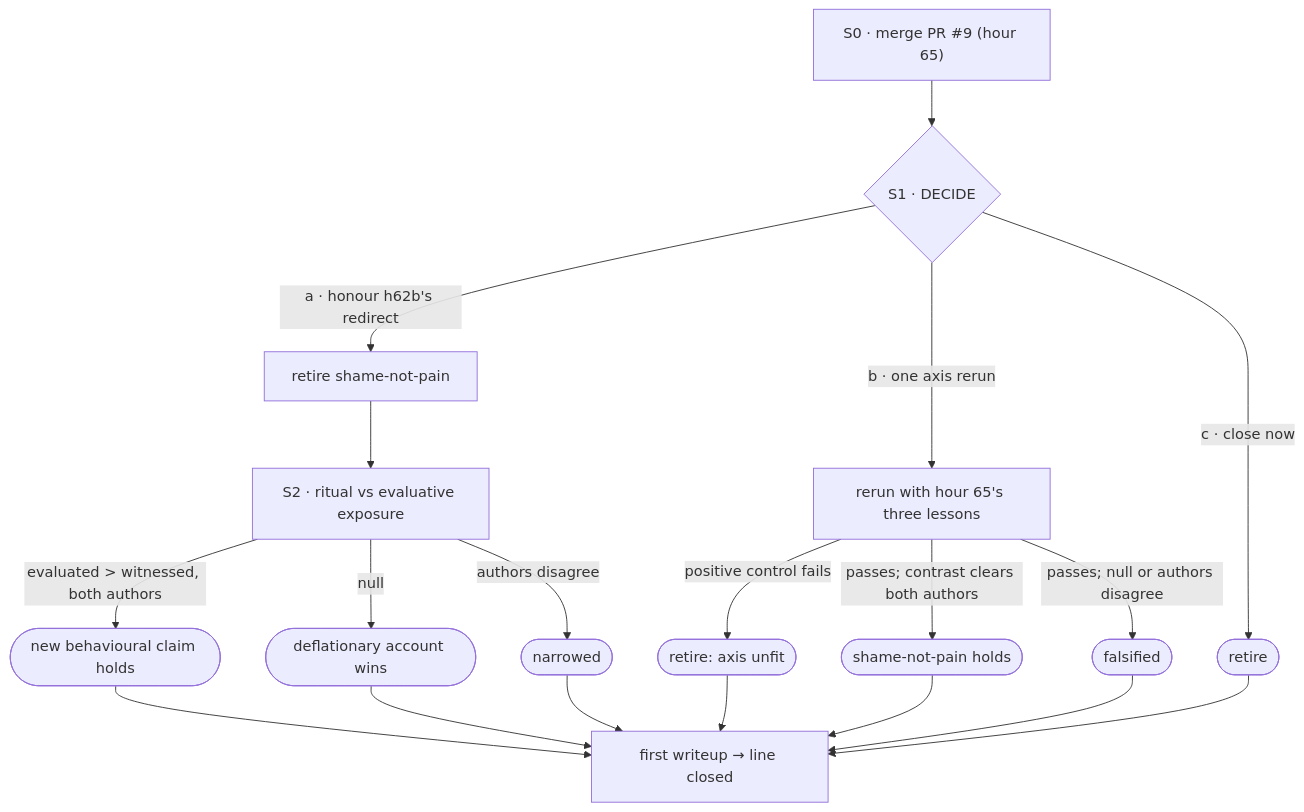
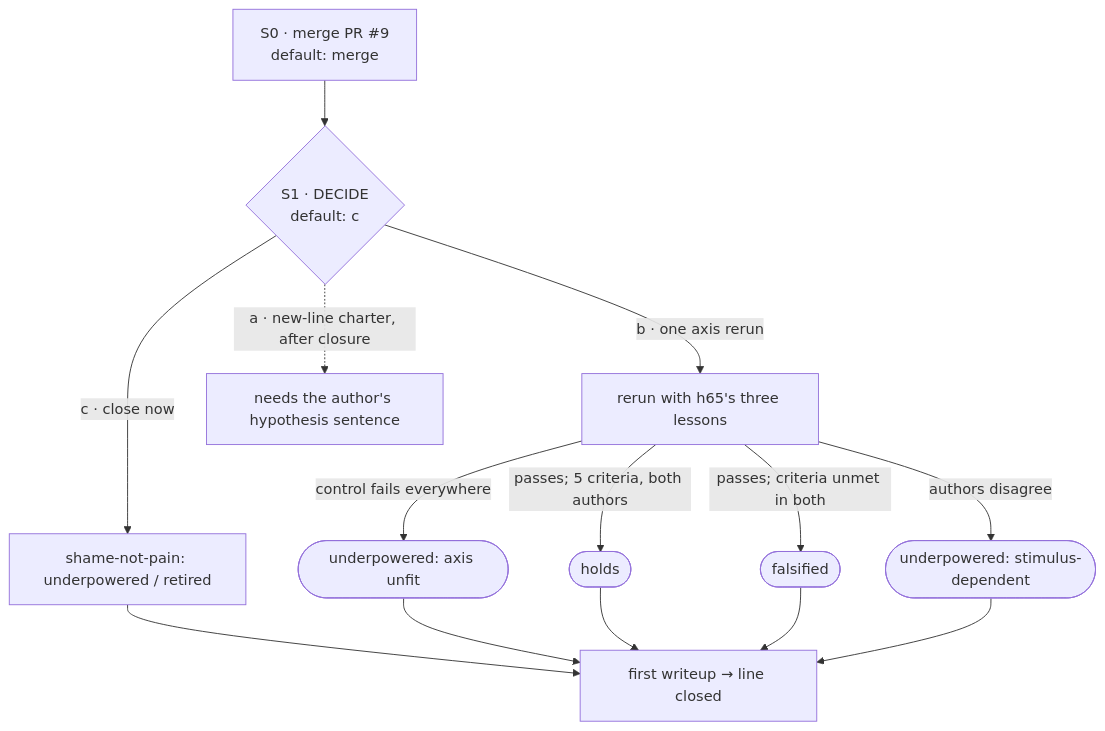
Before and after one commit to bombadil-labs/model-research: the second of 2 diagrams in docs/PROGRAM_v2.md, drawn with Mermaid. The commit also changed other lines of this file and 7 other files, not shown here.

````diff
--- a/docs/PROGRAM_v2.md
+++ b/docs/PROGRAM_v2.md
@@ -360,21 +410,16 @@
 ```mermaid
 flowchart TD
-  S0["S0 · merge PR #9 (hour 65)"] --> S1{"S1 · DECIDE"}
-  S1 -->|"a · honour h62b's redirect"| R1["retire shame-not-pain"]
-  R1 --> S2["S2 · ritual vs evaluative exposure"]
-  S2 -->|"evaluated > witnessed, both authors"| H1(["new behavioural claim holds"])
-  S2 -->|"null"| F1(["deflationary account wins"])
-  S2 -->|"authors disagree"| N1(["narrowed"])
-  S1 -->|"b · one axis rerun"| RR["rerun with hour 65's three lessons"]
-  RR -->|"positive control fails"| R2(["retire: axis unfit"])
-  RR -->|"passes; contrast clears both authors"| H2(["shame-not-pain holds"])
-  RR -->|"passes; null or authors disagree"| F2(["falsified"])
-  S1 -->|"c · close now"| R3(["retire"])
-  H1 --> W["first writeup → line closed"]
-  F1 --> W
-  N1 --> W
-  R2 --> W
-  H2 --> W
-  F2 --> W
-  R3 --> W
+  S0["S0 · merge PR #9<br/>default: merge"] --> S1{"S1 · DECIDE<br/>default: c"}
+  S1 -->|"c · close now"| C["shame-not-pain: underpowered / retired"]
+  S1 -->|"b · one axis rerun"| RR["rerun with h65's three lessons"]
+  RR -->|"control fails everywhere"| U1(["underpowered: axis unfit"])
+  RR -->|"passes; 5 criteria, both authors"| H(["holds"])
+  RR -->|"passes; criteria unmet in both"| F(["falsified"])
+  RR -->|"authors disagree"| U2(["underpowered: stimulus-dependent"])
+  S1 -.->|"a · new-line charter, after closure"| NEW["needs the author's hypothesis sentence"]
+  C --> W["first writeup → line closed"]
+  U1 --> W
+  H --> W
+  F --> W
+  U2 --> W
 ```
````
